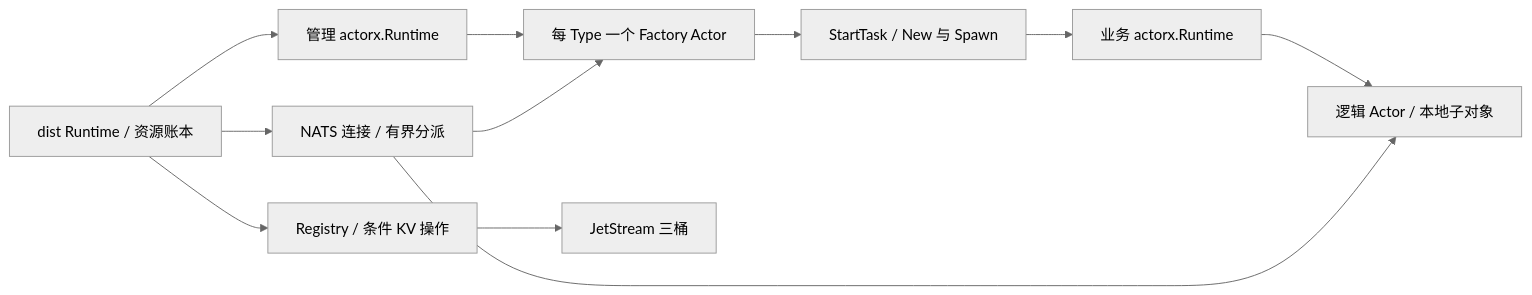
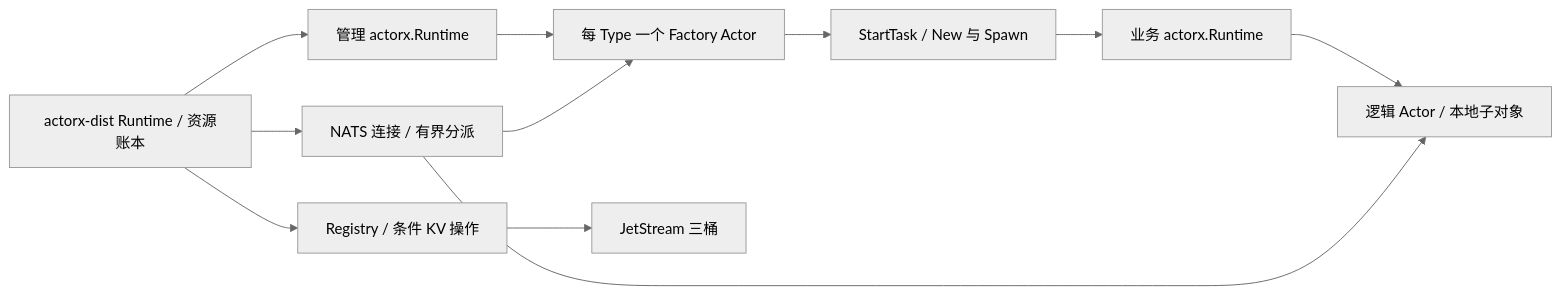
The first of 2 diagrams in docs/architecture.zh.md (go-aie/actorx-dist), drawn with Mermaid (neutral theme) before and after one commit. The commit also changed other lines of this file and 14 other files, not shown here.

````diff
--- a/docs/architecture.zh.md
+++ b/docs/architecture.zh.md
@@ -9,13 +9,13 @@
 ```mermaid
 flowchart LR
-    R[dist Runtime / 资源账本] --> N[NATS 连接 / 有界分派]
+    R[actorx-dist Runtime / 资源账本] --> N[NATS 连接 / 有界分派]
     R --> M[管理 actorx.Runtime]
     M --> F[每 Type 一个 Factory Actor]
     F --> T[StartTask / New 与 Spawn]
     T --> B[业务 actorx.Runtime]
     B --> A[逻辑 Actor / 本地子对象]
     R --> K[Registry / 条件 KV 操作]
     K --> J[JetStream 三桶]
     N --> F
     N --> A
 ```
````
